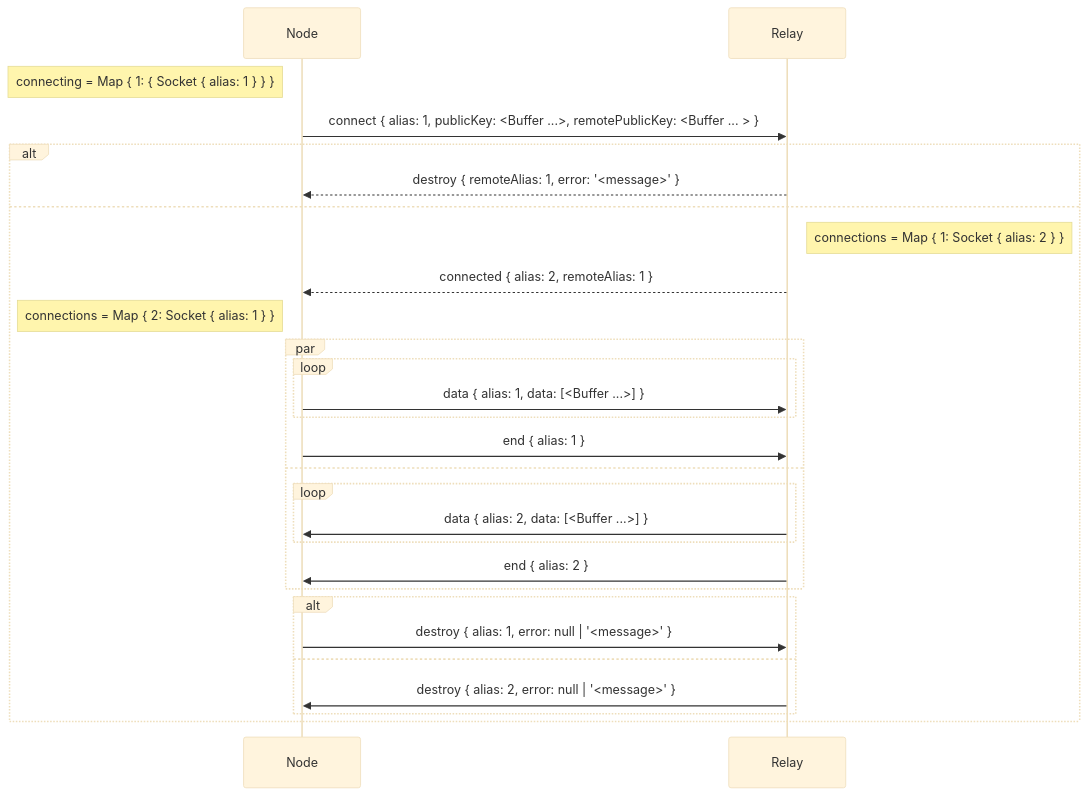
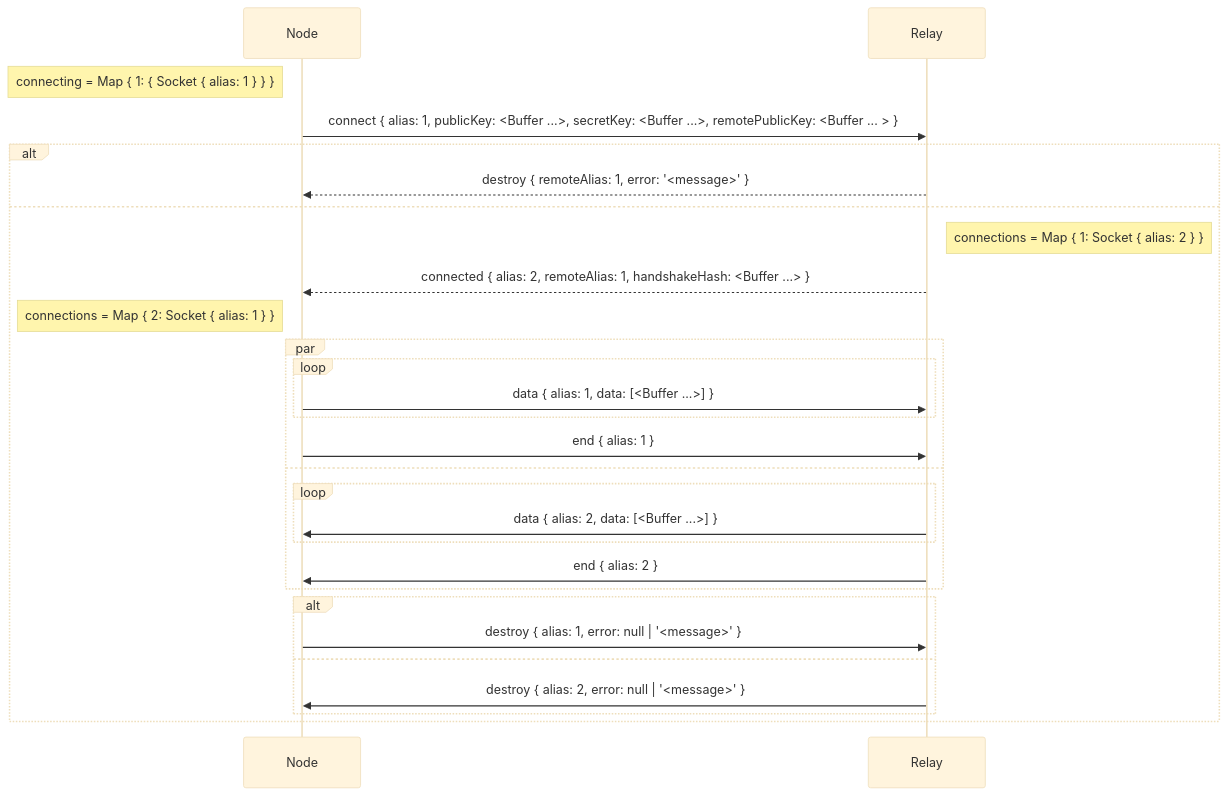
The diagram in media/diagrams/connect.mmd (holepunchto/hyperswarm-dht-relay), drawn with Mermaid (base theme) before and after one commit. The commit also changed 5 other files, not shown here.

```diff
--- a/media/diagrams/connect.mmd
+++ b/media/diagrams/connect.mmd
@@ -1,37 +1,37 @@
 sequenceDiagram
   participant N as Node
   participant R as Relay
 
   note left of N: connecting = Map { 1: { Socket { alias: 1 } } }
 
-  N->>R: connect { alias: 1, publicKey: <Buffer ...>, remotePublicKey: <Buffer ... > }
+  N->>R: connect { alias: 1, publicKey: <Buffer ...>, secretKey: <Buffer ...>, remotePublicKey: <Buffer ... > }
 
   alt
     R-->>N: destroy { remoteAlias: 1, error: '<message>' }
   else
     note right of R: connections = Map { 1: Socket { alias: 2 } }
 
-    R-->>N: connected { alias: 2, remoteAlias: 1  }
+    R-->>N: connected { alias: 2, remoteAlias: 1, handshakeHash: <Buffer ...> }
 
     note left of N: connections = Map { 2: Socket { alias: 1 } }
 
     par
       loop
         N->>R: data { alias: 1, data: [<Buffer ...>] }
       end
 
       N->>R: end { alias: 1 }
     and
       loop
         R->>N: data { alias: 2, data: [<Buffer ...>] }
       end
 
       R->>N: end { alias: 2 }
     end
 
     alt
       N->>R: destroy { alias: 1, error: null | '<message>' }
     else
       R->>N: destroy { alias: 2, error: null | '<message>' }
     end
   end
```
